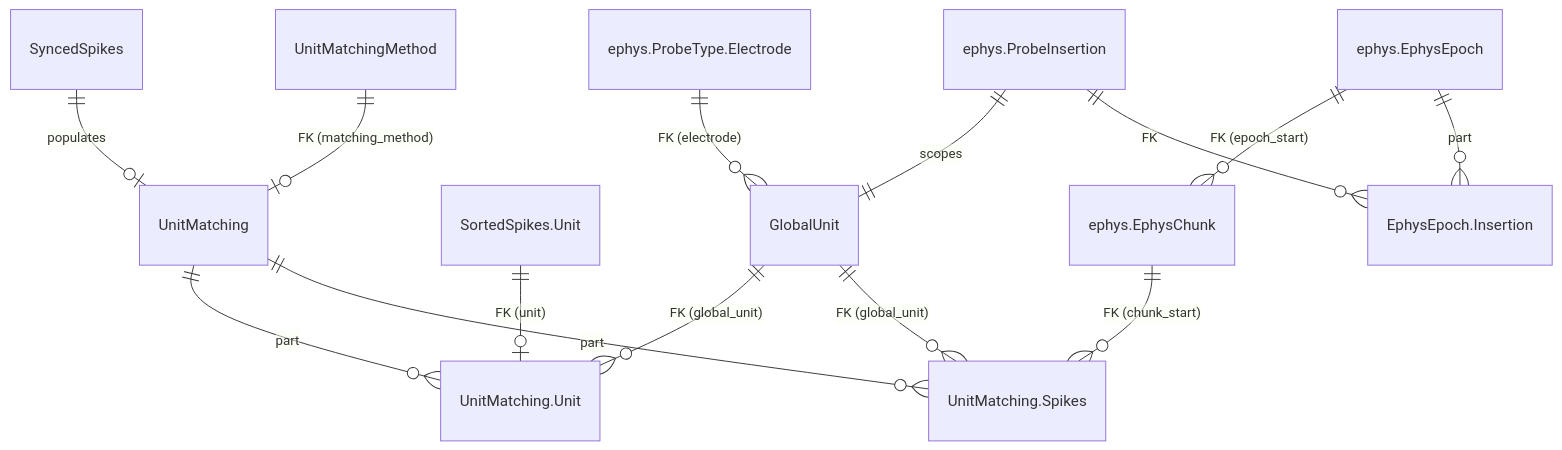
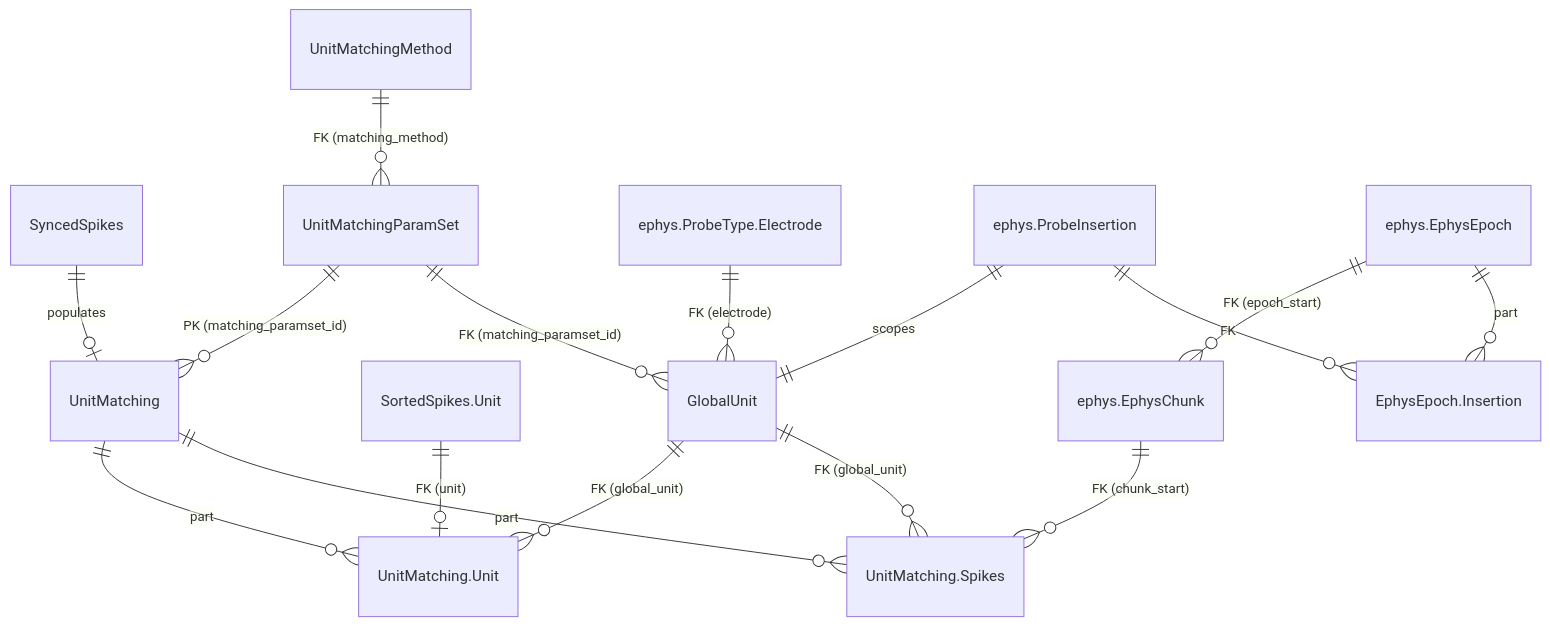
One commit to SainsburyWellcomeCentre/aeon_mecha changed the diagram in aeon/dj_pipeline/docs/specs/SPEC_unit_matching.md. Above: the diagram before and after it, drawn with Mermaid. The commit also changed other lines of this file and 1 other file, not shown here.

First line of the commit message:
feat(spike_sorting): add UnitMatchingParamSet for parameterizable matching

````diff
--- a/aeon/dj_pipeline/docs/specs/SPEC_unit_matching.md
+++ b/aeon/dj_pipeline/docs/specs/SPEC_unit_matching.md
@@ -293,16 +302,18 @@
 ```mermaid
 erDiagram
     SyncedSpikes ||--o| UnitMatching : "populates"
-    UnitMatchingMethod ||--o| UnitMatching : "FK (matching_method)"
+    UnitMatchingParamSet ||--o{ UnitMatching : "PK (matching_paramset_id)"
+    UnitMatchingMethod ||--o{ UnitMatchingParamSet : "FK (matching_method)"
     UnitMatching ||--o{ "UnitMatching.Unit" : "part"
     UnitMatching ||--o{ "UnitMatching.Spikes" : "part"
     "SortedSpikes.Unit" ||--o| "UnitMatching.Unit" : "FK (unit)"
     GlobalUnit ||--o{ "UnitMatching.Unit" : "FK (global_unit)"
     GlobalUnit ||--o{ "UnitMatching.Spikes" : "FK (global_unit)"
     "ephys.EphysChunk" ||--o{ "UnitMatching.Spikes" : "FK (chunk_start)"
+    UnitMatchingParamSet ||--o{ GlobalUnit : "FK (matching_paramset_id)"
     "ephys.ProbeType.Electrode" ||--o{ GlobalUnit : "FK (electrode)"
     "ephys.ProbeInsertion" ||--|| GlobalUnit : "scopes"
     "ephys.EphysEpoch" ||--o{ "ephys.EphysChunk" : "FK (epoch_start)"
     "ephys.EphysEpoch" ||--o{ "EphysEpoch.Insertion" : "part"
     "ephys.ProbeInsertion" ||--o{ "EphysEpoch.Insertion" : "FK"
 ```
````
